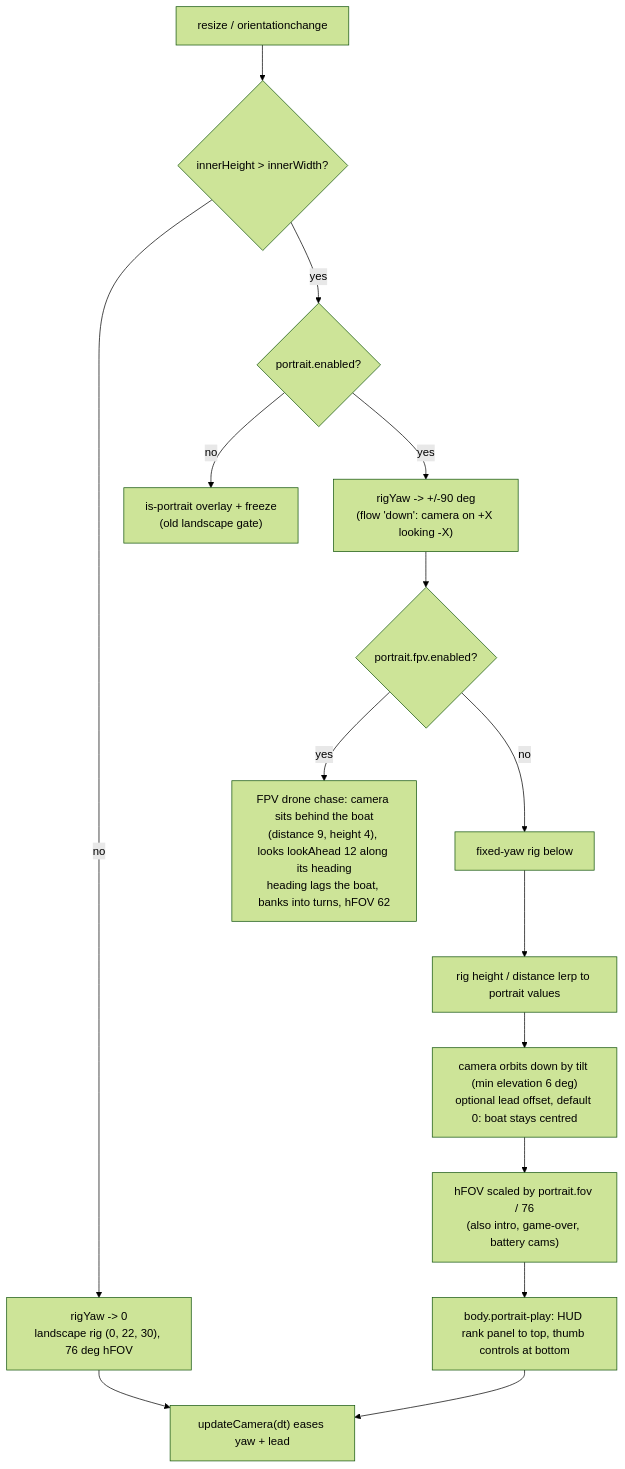
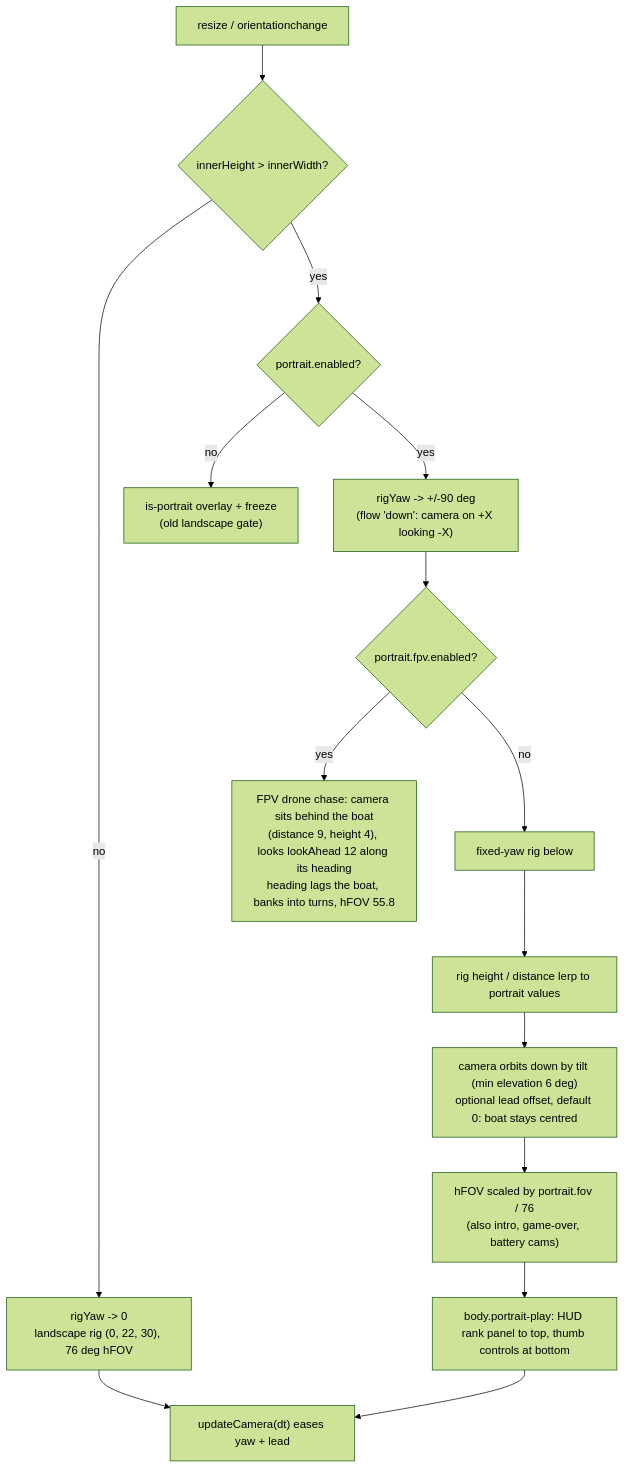
Before and after one commit to Protosnake/veslo: the diagram in docs/features/36-portrait-mode.md, drawn with Mermaid (forest theme). The commit also changed other lines of this file and 20 other files, not shown here.

````diff
--- a/docs/features/36-portrait-mode.md
+++ b/docs/features/36-portrait-mode.md
@@ -5,17 +5,17 @@
 ```mermaid
 flowchart TD
     A["resize / orientationchange"] --> B{"innerHeight > innerWidth?"}
     B -->|no| L["rigYaw -> 0<br/>landscape rig (0, 22, 30), 76 deg hFOV"]
     B -->|yes| C{"portrait.enabled?"}
     C -->|no| D["is-portrait overlay + freeze<br/>(old landscape gate)"]
     C -->|yes| E["rigYaw -> +/-90 deg<br/>(flow 'down': camera on +X looking -X)"]
     E --> P{"portrait.fpv.enabled?"}
-    P -->|yes| Q["FPV drone chase: camera sits behind the boat<br/>(distance 9, height 4), looks lookAhead 12 along its heading<br/>heading lags the boat, banks into turns, hFOV 62"]
+    P -->|yes| Q["FPV drone chase: camera sits behind the boat<br/>(distance 9, height 4), looks lookAhead 12 along its heading<br/>heading lags the boat, banks into turns, hFOV 55.8"]
     P -->|no| F0["fixed-yaw rig below"]
     F0 --> F["rig height / distance lerp to portrait values"]
     F --> G["camera orbits down by tilt (min elevation 6 deg)<br/>optional lead offset, default 0: boat stays centred"]
     G --> H["hFOV scaled by portrait.fov / 76<br/>(also intro, game-over, battery cams)"]
     H --> I["body.portrait-play: HUD rank panel to top, thumb controls at bottom"]
     L --> J["updateCamera(dt) eases yaw + lead"]
     I --> J
 ```
````
